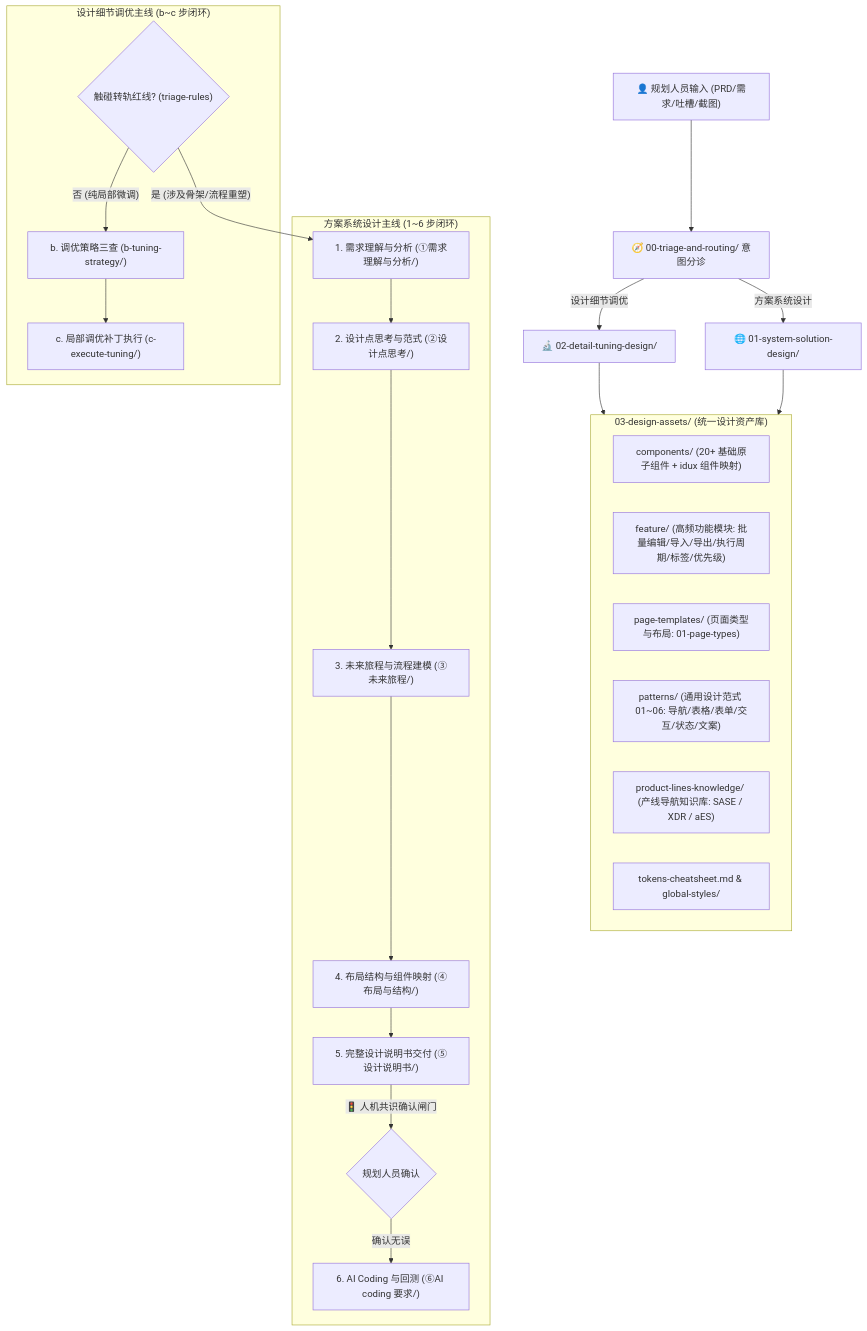
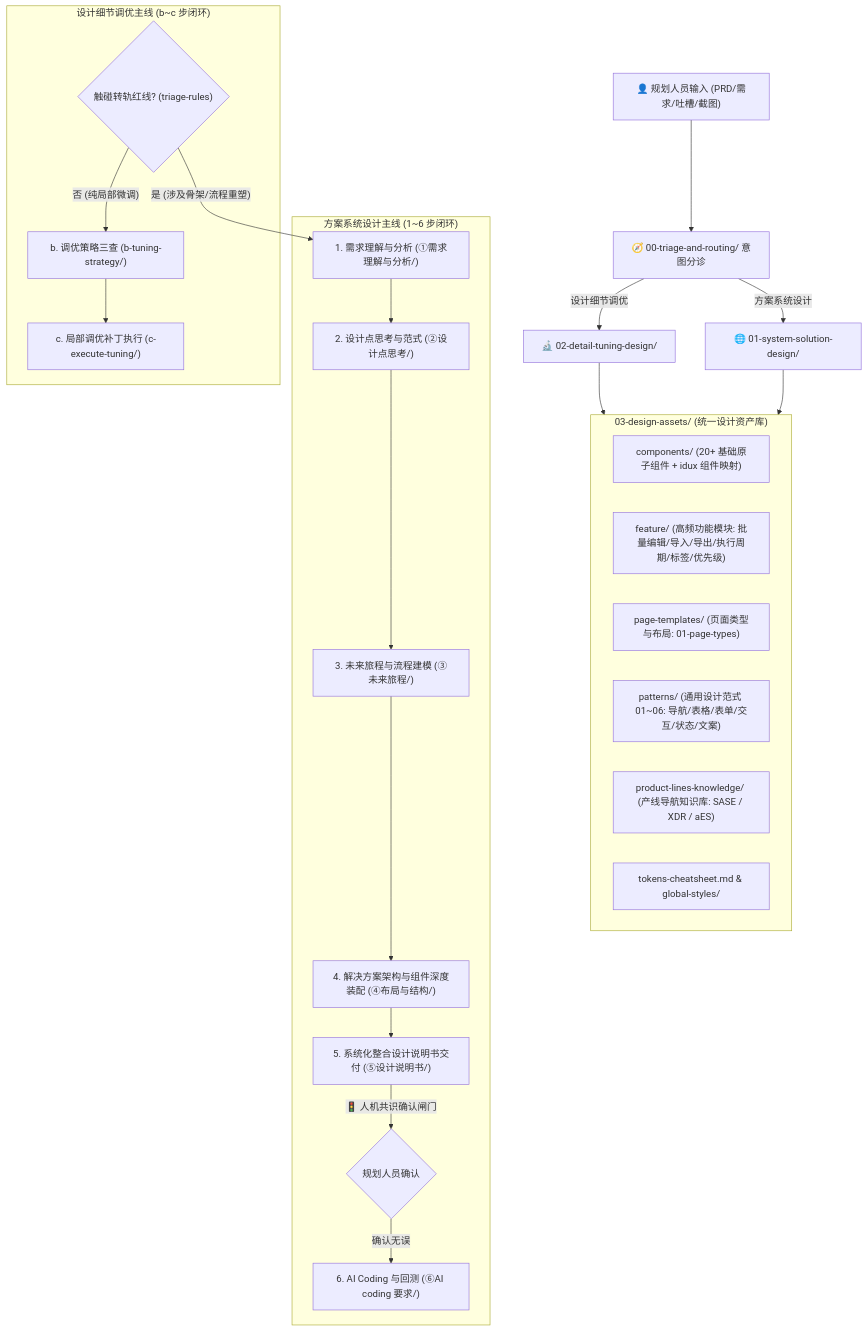
The diagram in SKILL.md (wangjue2026/skill-designer-prism), drawn with Mermaid before and after one commit. The commit also changed other lines of this file and 13 other files, not shown here.

Commit message:
feat(design-spec): 系统化重构设计说明书结构，整合分页面全要素推导与线框图蓝图

````diff
--- a/SKILL.md
+++ b/SKILL.md
@@ -29,38 +29,38 @@
 ```mermaid
 graph TD
     User["👤 规划人员输入 (PRD/需求/吐槽/截图)"] --> Triage["🧭 00-triage-and-routing/ 意图分诊"]
     
     Triage -->|"方案系统设计"| Macro["🌐 01-system-solution-design/"]
     Triage -->|"设计细节调优"| Micro["🔬 02-detail-tuning-design/"]
     
     subgraph MacroPath ["方案系统设计主线 (1~6 步闭环)"]
         M1["1. 需求理解与分析 (①需求理解与分析/)"]
         M2["2. 设计点思考与范式 (②设计点思考/)"]
         M3["3. 未来旅程与流程建模 (③未来旅程/)"]
-        M4["4. 布局结构与组件映射 (④布局与结构/)"]
-        M5["5. 完整设计说明书交付 (⑤设计说明书/)"]
+        M4["4. 解决方案架构与组件深度装配 (④布局与结构/)"]
+        M5["5. 系统化整合设计说明书交付 (⑤设计说明书/)"]
         M6["6. AI Coding 与回测 (⑥AI coding 要求/)"]
         M1 --> M2 --> M3 --> M4 --> M5
         M5 -->|"🚦 人机共识确认闸门"| Gate{"规划人员确认"}
         Gate -->|"确认无误"| M6
     end
     
     subgraph MicroPath ["设计细节调优主线 (b~c 步闭环)"]
         Esc{"触碰转轨红线? (triage-rules)"}
         Esc -->|"是 (涉及骨架/流程重塑)"| M1
         Esc -->|"否 (纯局部微调)"| m2["b. 调优策略三查 (b-tuning-strategy/)"]
         m2 --> m3["c. 局部调优补丁执行 (c-execute-tuning/)"]
     end
     
     subgraph Assets ["03-design-assets/ (统一设计资产库)"]
         Comps["components/ (20+ 基础原子组件 + idux 组件映射)"]
         Feature["feature/ (高频功能模块: 批量编辑/导入/导出/执行周期/标签/优先级)"]
         Pages["page-templates/ (页面类型与布局: 01-page-types)"]
         Patterns["patterns/ (通用设计范式 01~06: 导航/表格/表单/交互/状态/文案)"]
         PKB["product-lines-knowledge/ (产线导航知识库: SASE / XDR / aES)"]
         Tokens["tokens-cheatsheet.md & global-styles/"]
     end
 
     Macro --> Assets
     Micro --> Assets
 ```
````
